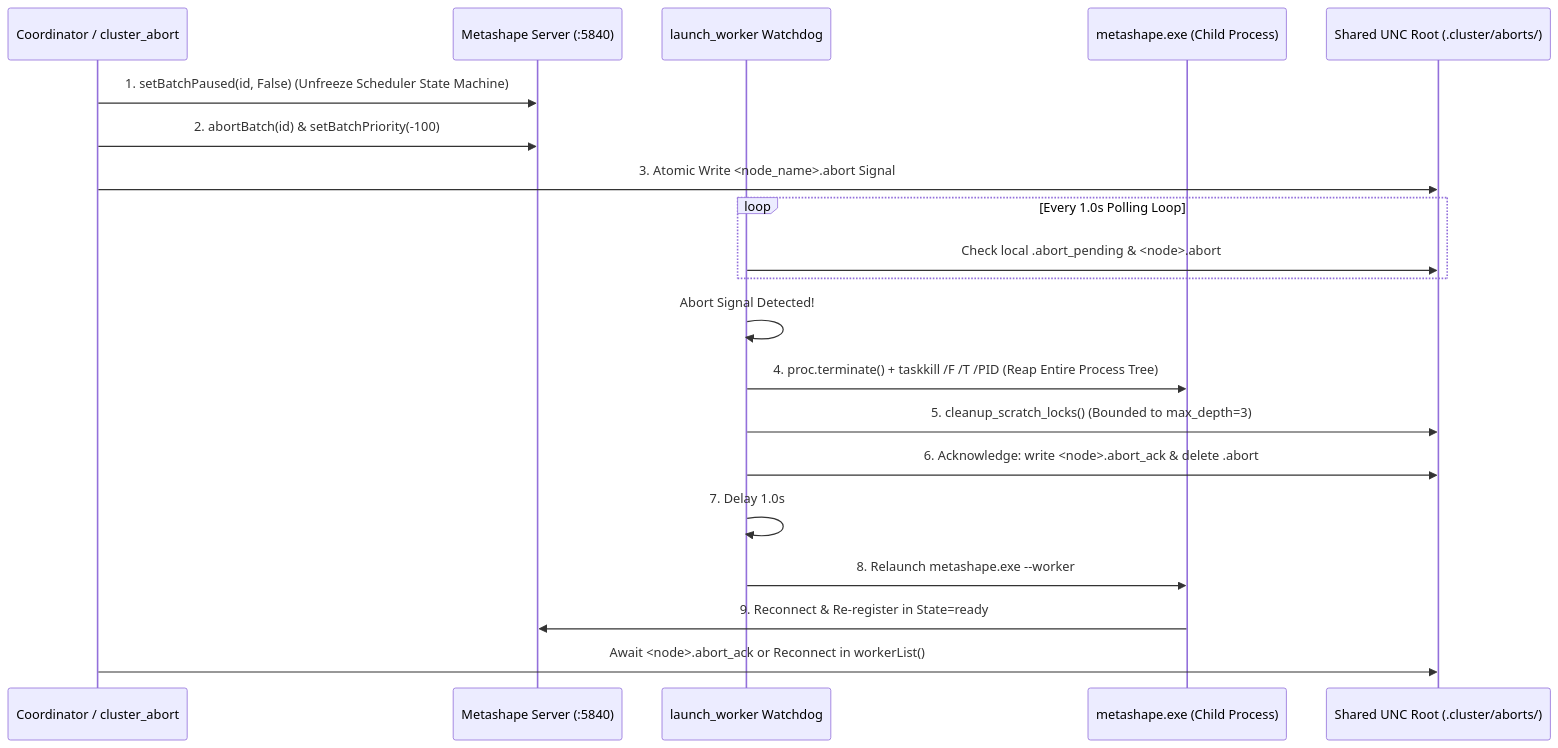
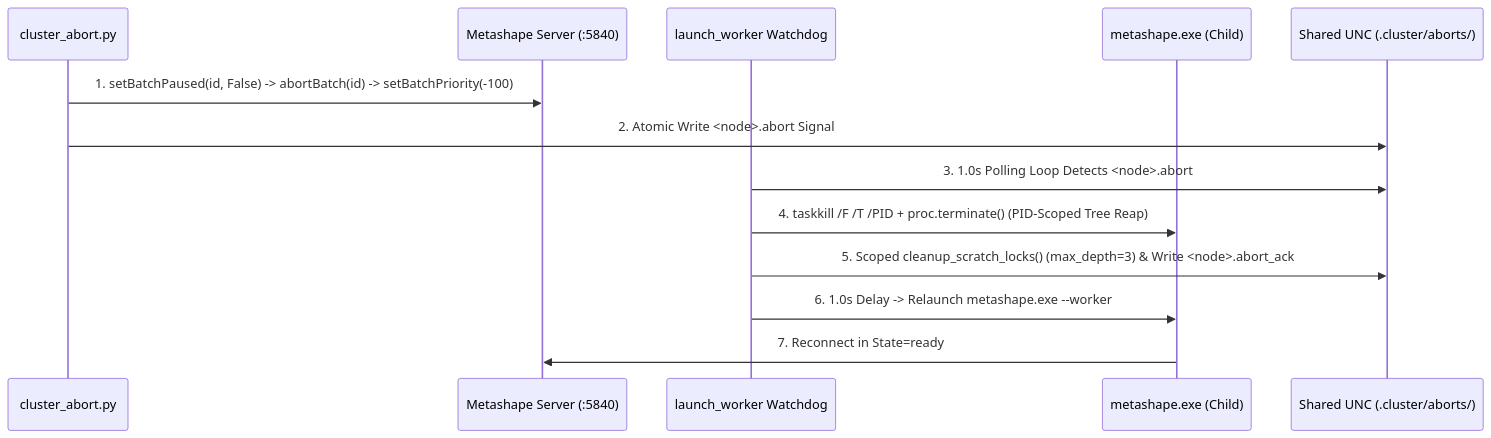
The second of 2 diagrams in skills/user/cluster-fleet-operations/SKILL.md (ngviettam82/AutoMetashape), drawn with Mermaid before and after one commit. The commit also changed other lines of this file and 13 other files, not shown here.

````diff
--- a/skills/user/cluster-fleet-operations/SKILL.md
+++ b/skills/user/cluster-fleet-operations/SKILL.md
@@ -209,23 +187,16 @@
 ```mermaid
 sequenceDiagram
-    participant Coord as Coordinator / cluster_abort
+    participant Coord as cluster_abort.py
     participant Svr as Metashape Server (:5840)
     participant Watch as launch_worker Watchdog
-    participant MS as metashape.exe (Child Process)
-    participant Share as Shared UNC Root (.cluster/aborts/)
+    participant MS as metashape.exe (Child)
+    participant Share as Shared UNC (.cluster/aborts/)
 
-    Coord->>Svr: 1. setBatchPaused(id, False) (Unfreeze Scheduler State Machine)
-    Coord->>Svr: 2. abortBatch(id) & setBatchPriority(-100)
-    Coord->>Share: 3. Atomic Write <node_name>.abort Signal
-    loop Every 1.0s Polling Loop
-        Watch->>Share: Check local .abort_pending & <node>.abort
-    end
-    Watch->>Watch: Abort Signal Detected!
-    Watch->>MS: 4. proc.terminate() + taskkill /F /T /PID (Reap Entire Process Tree)
-    Watch->>Share: 5. cleanup_scratch_locks() (Bounded to max_depth=3)
-    Watch->>Share: 6. Acknowledge: write <node>.abort_ack & delete .abort
-    Watch->>Watch: 7. Delay 1.0s
-    Watch->>MS: 8. Relaunch metashape.exe --worker
-    MS->>Svr: 9. Reconnect & Re-register in State=ready
-    Coord->>Share: Await <node>.abort_ack or Reconnect in workerList()
+    Coord->>Svr: 1. setBatchPaused(id, False) -> abortBatch(id) -> setBatchPriority(-100)
+    Coord->>Share: 2. Atomic Write <node>.abort Signal
+    Watch->>Share: 3. 1.0s Polling Loop Detects <node>.abort
+    Watch->>MS: 4. taskkill /F /T /PID + proc.terminate() (PID-Scoped Tree Reap)
+    Watch->>Share: 5. Scoped cleanup_scratch_locks() (max_depth=3) & Write <node>.abort_ack
+    Watch->>MS: 6. 1.0s Delay -> Relaunch metashape.exe --worker
+    MS->>Svr: 7. Reconnect in State=ready
 ```
````
